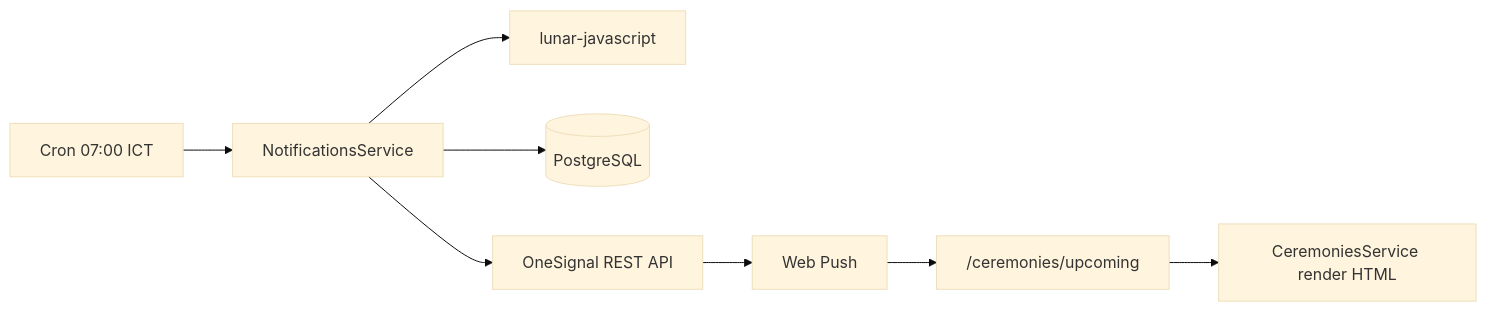
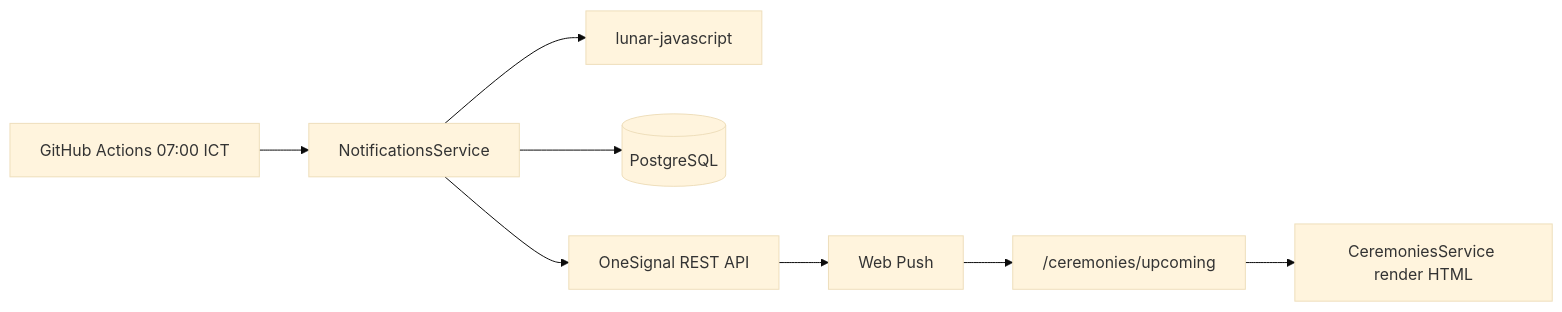
One commit to KPhamIT/gia-pha changed the diagram in docs/notification-architecture.md. Above: the diagram before and after it, drawn with Mermaid (base theme). The commit also changed other lines of this file and 9 other files, not shown here.

````diff
--- a/docs/notification-architecture.md
+++ b/docs/notification-architecture.md
@@ -7,10 +7,10 @@
 ```mermaid
 flowchart LR
-  Cron["Cron 07:00 ICT"] --> Service["NotificationsService"]
+  Cron["GitHub Actions 07:00 ICT"] --> Service["NotificationsService"]
   Service --> Lunar["lunar-javascript"]
   Service --> DB[(PostgreSQL)]
   Service --> OS["OneSignal REST API"]
   OS --> Browser["Web Push"]
   Browser --> FE["/ceremonies/upcoming"]
   FE --> Ceremony["CeremoniesService render HTML"]
 ```
````
